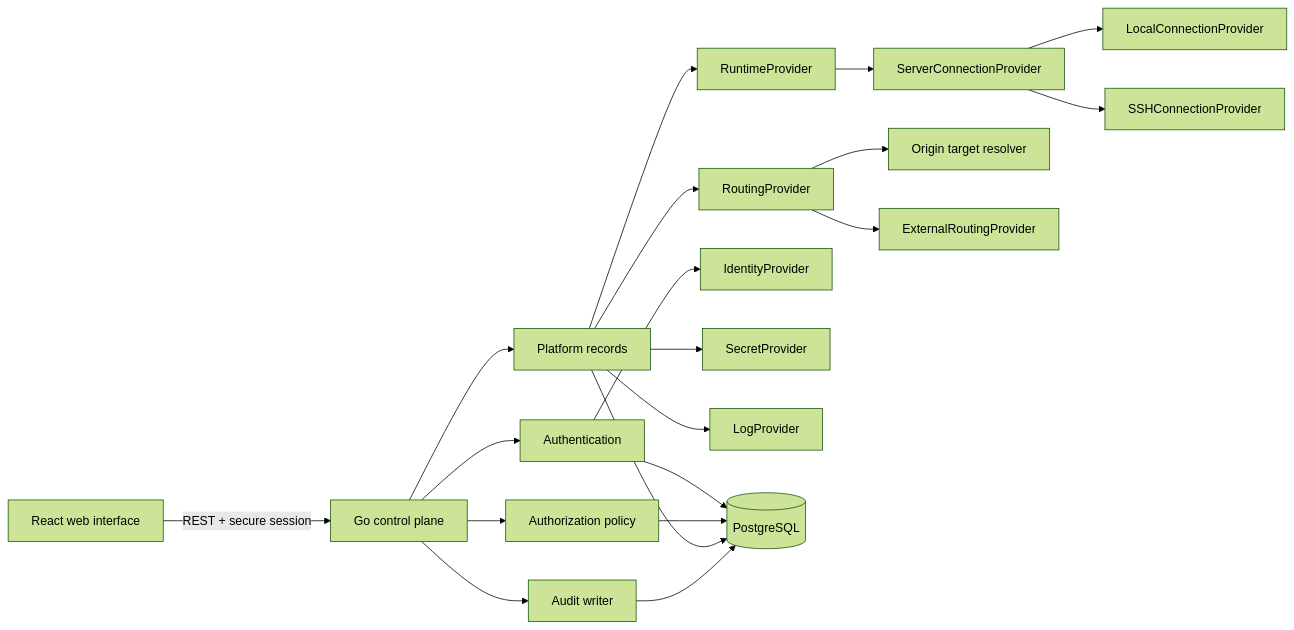
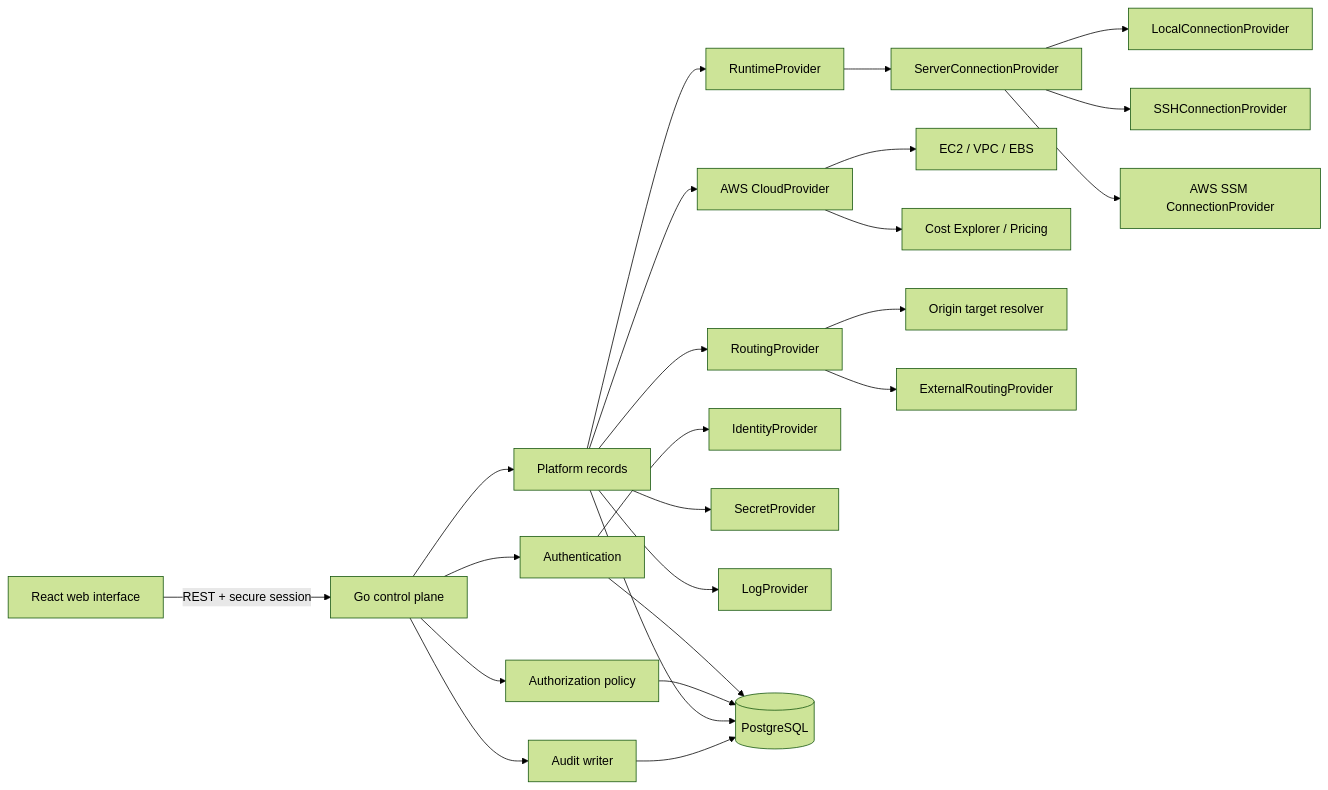
Before and after one commit to itsmangooo/Silicon: the first of 2 diagrams in ARCHITECTURE.md, drawn with Mermaid (forest theme). The commit also changed other lines of this file and 36 other files, not shown here.

````diff
--- a/ARCHITECTURE.md
+++ b/ARCHITECTURE.md
@@ -5,22 +5,26 @@
 ```mermaid
 flowchart LR
     Browser[React web interface] -->|REST + secure session| API[Go control plane]
     API --> Auth[Authentication]
     API --> Policy[Authorization policy]
     API --> Platform[Platform records]
     Platform --> Runtime[RuntimeProvider]
     Runtime --> Connection[ServerConnectionProvider]
     Connection --> Local[LocalConnectionProvider]
     Connection --> SSH[SSHConnectionProvider]
+    Connection --> SSM[AWS SSM ConnectionProvider]
+    Platform --> Cloud[AWS CloudProvider]
+    Cloud --> EC2[EC2 / VPC / EBS]
+    Cloud --> Billing[Cost Explorer / Pricing]
     Platform --> Routing[RoutingProvider]
     Routing --> Origin[Origin target resolver]
     Auth --> Identity[IdentityProvider]
     Platform --> Secret[SecretProvider]
     Platform --> Logs[LogProvider]
     Auth --> DB[(PostgreSQL)]
     Policy --> DB
     Platform --> DB
     API --> Audit[Audit writer]
     Audit --> DB
     Routing --> External[ExternalRoutingProvider]
 ```
````
